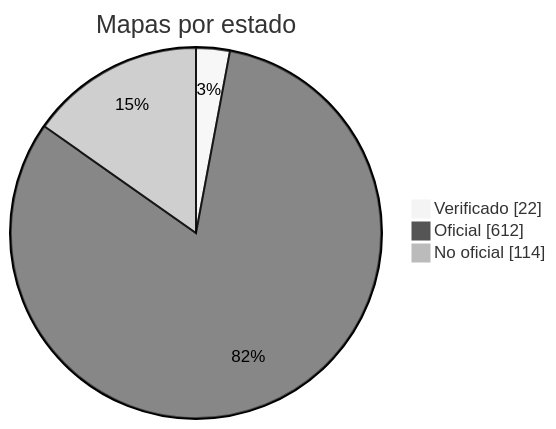
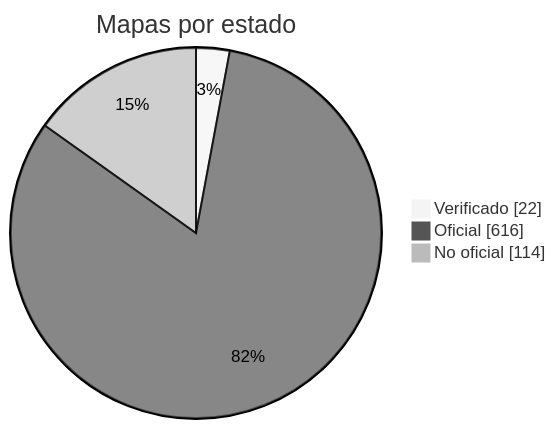
One commit to nobrega8/mbmap-library changed the diagram in docs/readme/README_ES.md. Above: the diagram before and after it, drawn with Mermaid (neutral theme). The commit also changed 9 other files, not shown here.

````diff
--- a/docs/readme/README_ES.md
+++ b/docs/readme/README_ES.md
@@ -54,7 +54,7 @@
 ```mermaid
 pie showData
     title Mapas por estado
     "Verificado" : 22
-    "Oficial" : 612
+    "Oficial" : 616
     "No oficial" : 114
 ```
````
